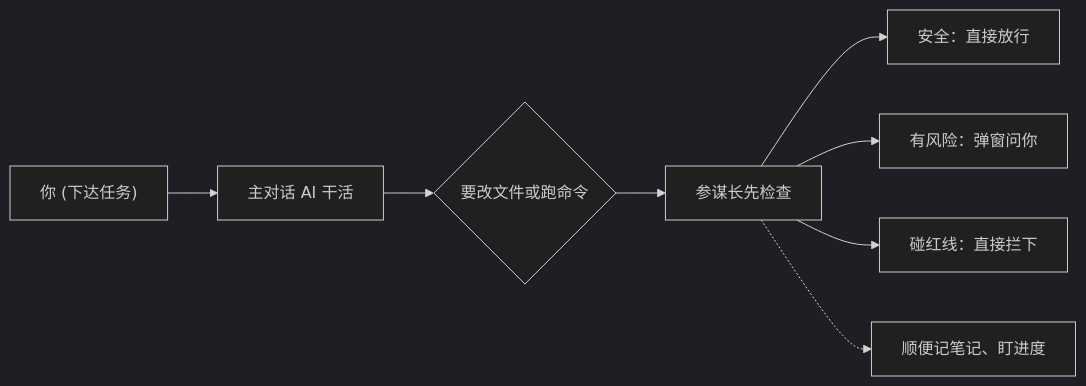
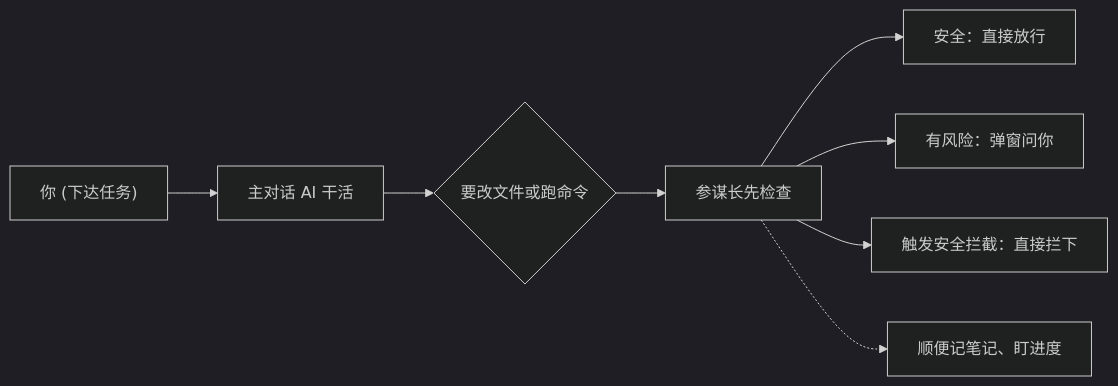
One commit to zqf20096327/ai_collect changed the first of 3 diagrams in data/readmes/gluztm__dsh-chief.md. Above: the diagram before and after it, drawn with Mermaid (dark theme). The commit also changed other lines of this file and 2315 other files, not shown here.

````diff
--- a/data/readmes/gluztm__dsh-chief.md
+++ b/data/readmes/gluztm__dsh-chief.md
@@ -37,10 +37,10 @@
 ```mermaid
 flowchart LR
   U["你 (下达任务)"] --> L["主对话 AI 干活"]
   L --> C{"要改文件或跑命令"}
   C --> G["参谋长先检查"]
   G --> A["安全：直接放行"]
   G --> B["有风险：弹窗问你"]
-  G --> D["碰红线：直接拦下"]
+  G --> D["触发安全拦截：直接拦下"]
   G -.-> M["顺便记笔记、盯进度"]
 ```
````
